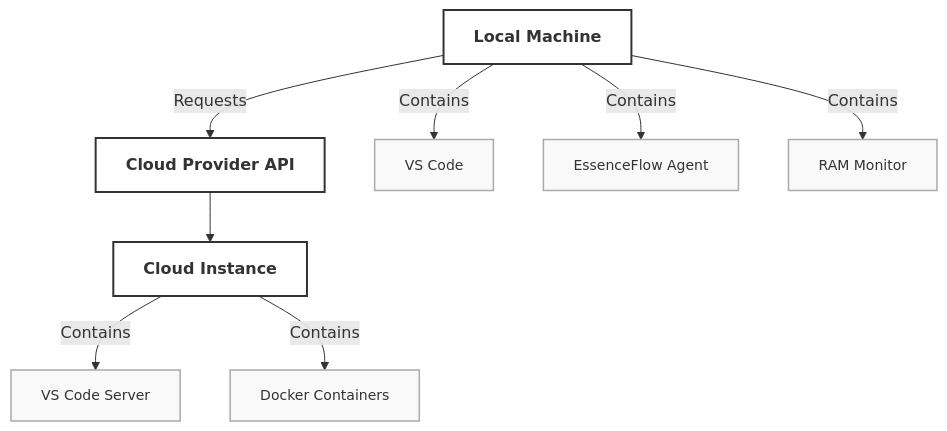
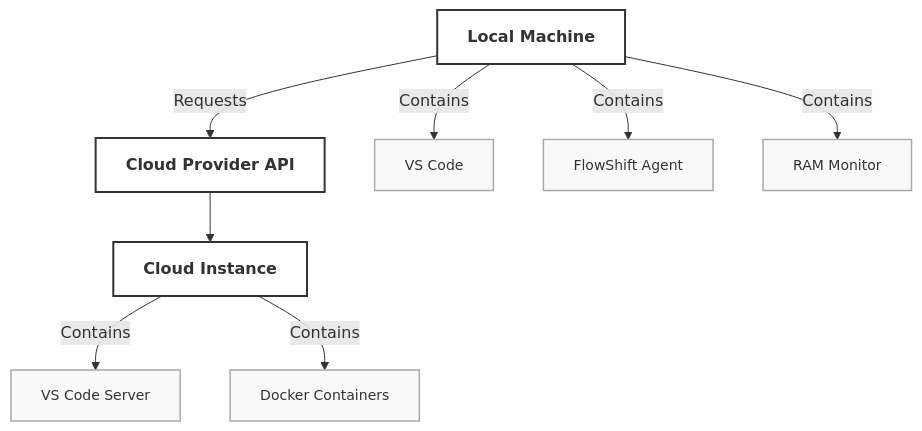
One commit to Rajat-Bansal3/FlowBurst changed the diagram in README.md. Above: the diagram before and after it, drawn with Mermaid. The commit also changed other lines of this file and 3 other files, not shown here.

````diff
--- a/README.md
+++ b/README.md
@@ -71,28 +71,28 @@
 ```mermaid
 graph TD;
     %% Main Flow
     A[Local Machine] --> |Requests| C[Cloud Provider API] --> B[Cloud Instance];  
 
     %% Subcomponents
     D[VS Code];
-    E[EssenceFlow Agent];
+    E[FlowShift Agent];
     F[RAM Monitor];
 
     G[VS Code Server];
     H[Docker Containers];
 
     %% Relationships
     A -->|Contains| D;
     A -->|Contains| E;
     A -->|Contains| F;
     B -->|Contains| G;
     B -->|Contains| H;
 
     %% Styling Definitions
     classDef main fill:#ffffff,stroke:#333,stroke-width:2px,font-size:16px,font-weight:bold;
     classDef sub fill:#f9f9f9,stroke:#aaa,stroke-width:1.5px,font-size:14px;
     
     %% Apply Styles
     class A,B,C main;
     class D,E,F,G,H sub;
 ```
````
